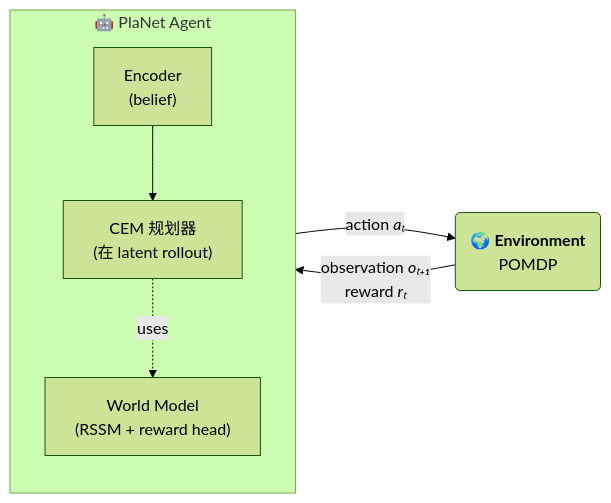
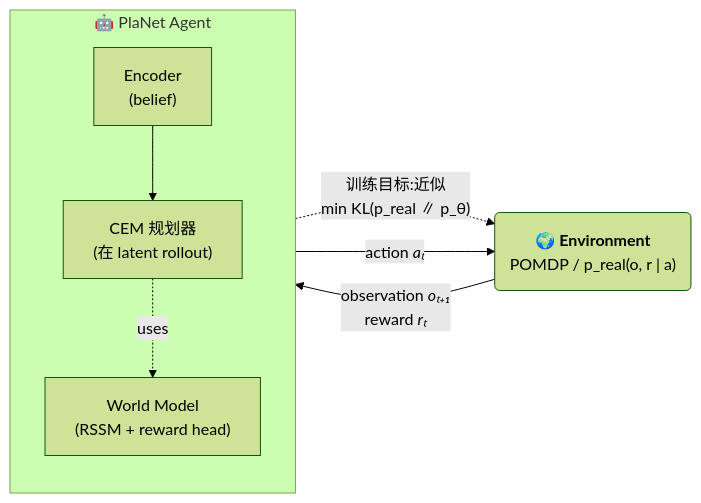
One commit to jinxinzhou/world-model-study changed the sixth of 6 diagrams in World-Model-学习笔记.md. Above: the diagram before and after it, drawn with Mermaid (forest theme). The commit also changed other lines of this file and 1 other file, not shown here.

First line of the commit message:
refactor: consolidate the world-model-approximates-env visualization

````diff
--- a/World-Model-学习笔记.md
+++ b/World-Model-学习笔记.md
@@ -1494,14 +1494,15 @@
 ```mermaid
 flowchart LR
     subgraph A["🤖 PlaNet Agent"]
         direction TB
         Enc["Encoder<br/>(belief)"]
         WM["World Model<br/>(RSSM + reward head)"]
         CEM["CEM 规划器<br/>(在 latent rollout)"]
         Enc --> CEM
         CEM -.uses.-> WM
     end
-    Env("🌍 <b>Environment</b><br/>POMDP")
+    Env("🌍 <b>Environment</b><br/>POMDP / p_real(o, r | a)")
     A -- "action <i>aₜ</i>" --> Env
     Env -- "observation <i>oₜ₊₁</i><br/>reward <i>rₜ</i>" --> A
+    WM -. "训练目标:近似<br/>min KL(p_real ∥ p_θ)" .-> Env
 ```
````
